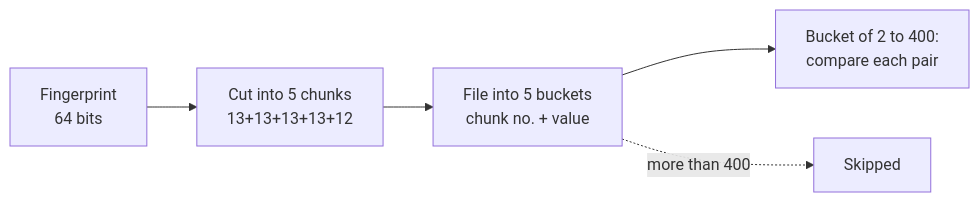
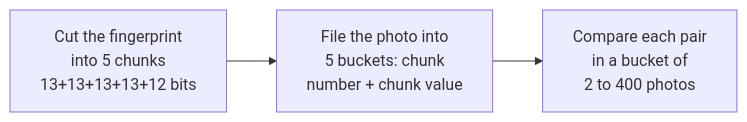
The third of 6 diagrams in docs/src/engine-duplicates.md (AxialForge/Lunelis), drawn with Mermaid before and after one commit. The commit also changed other lines of this file and 3 other files, not shown here.

Commit message:
Kit: keep table header and last rows with their neighbours, taller figures, diagram and table guidance in the style guide

````diff
--- a/docs/src/engine-duplicates.md
+++ b/docs/src/engine-duplicates.md
@@ -163,5 +174,4 @@
 ```mermaid Candidate search: five buckets per photo; a bucket of more than 400 photos says nothing and is skipped.
 flowchart LR
-  A["Fingerprint<br>64 bits"] --> B["Cut into 5 chunks<br>13+13+13+13+12"] --> C["File into 5 buckets<br>chunk no. + value"] --> D["Bucket of 2 to 400:<br>compare each pair"]
-  C -.->|"more than 400"| F["Skipped"]
+  A["Cut the fingerprint<br>into 5 chunks<br>13+13+13+13+12 bits"] --> B["File the photo into<br>5 buckets: chunk<br>number + chunk value"] --> C["Compare each pair<br>in a bucket of<br>2 to 400 photos"]
 ```
````
